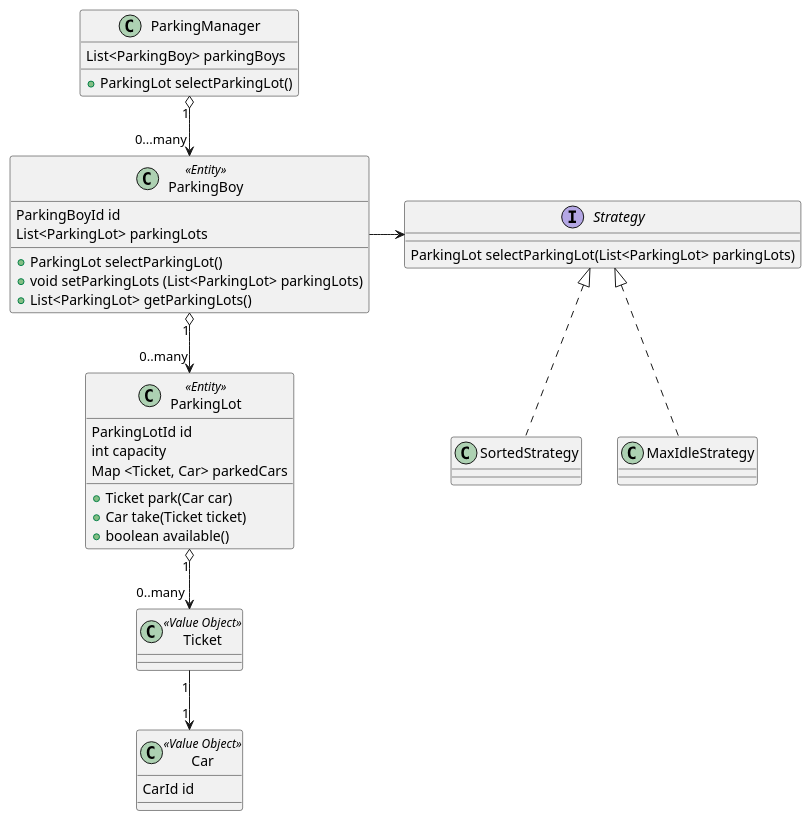
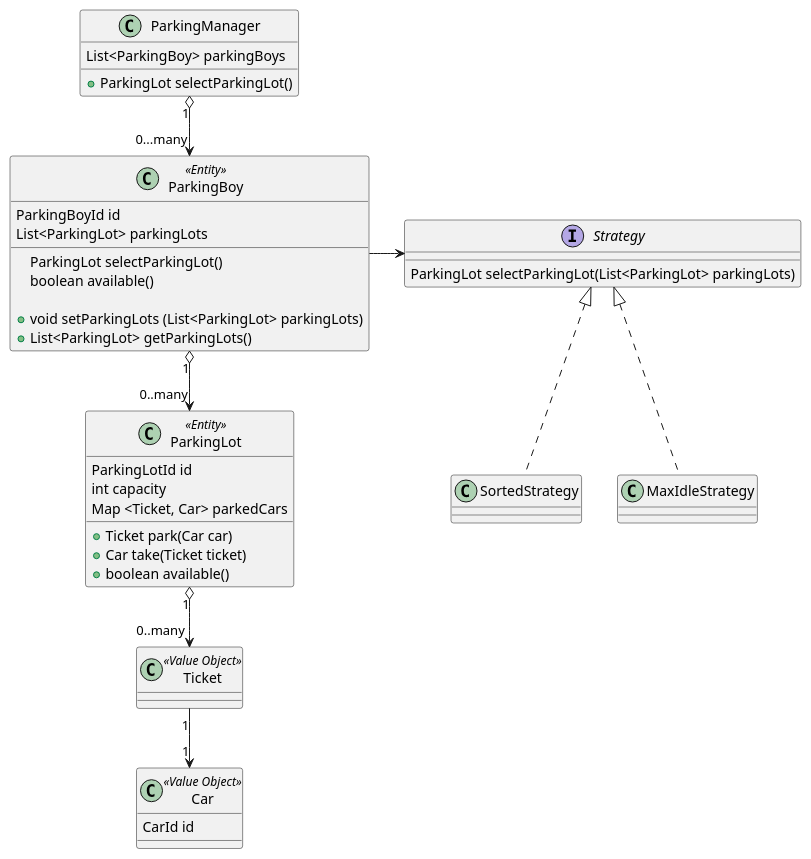
The diagram in src/main/resources/plantuml/ParkingLotsManagement.puml (dlstonedl/ddd-practice), drawn with PlantUML before and after one commit. The commit also changed 2 other files, not shown here.

Commit message:
parking boy available

```diff
--- a/src/main/resources/plantuml/ParkingLotsManagement.puml
+++ b/src/main/resources/plantuml/ParkingLotsManagement.puml
@@ -1,50 +1,52 @@
 @startuml
 
 class ParkingManager {
   List<ParkingBoy> parkingBoys
 
   + ParkingLot selectParkingLot()
 }
 
 ParkingManager "1" o--> "0...many" ParkingBoy
 
 class ParkingBoy << Entity >> {
   ParkingBoyId id
   List<ParkingLot> parkingLots
 
-  + ParkingLot selectParkingLot()
+  ParkingLot selectParkingLot()
+  boolean available()
+
   + void setParkingLots (List<ParkingLot> parkingLots)
   + List<ParkingLot> getParkingLots()
 }
 
 interface Strategy {
   ParkingLot selectParkingLot(List<ParkingLot> parkingLots)
 }
 class SortedStrategy
 class MaxIdleStrategy
 Strategy <|.. SortedStrategy
 Strategy <|.. MaxIdleStrategy
 ParkingBoy -> Strategy
 
 class ParkingLot << Entity >> {
   ParkingLotId id
   int capacity
   Map <Ticket, Car> parkedCars
 
   + Ticket park(Car car)
   + Car take(Ticket ticket)
   + boolean available()
 }
 
 Class Car << Value Object >> {
     CarId id
 }
 
 Class Ticket << Value Object >> {
 }
 
 Ticket "1" --> "1" Car
 ParkingLot "1" o--> "0..many" Ticket
 ParkingBoy "1" o--> "0..many" ParkingLot
 
 @enduml
```
